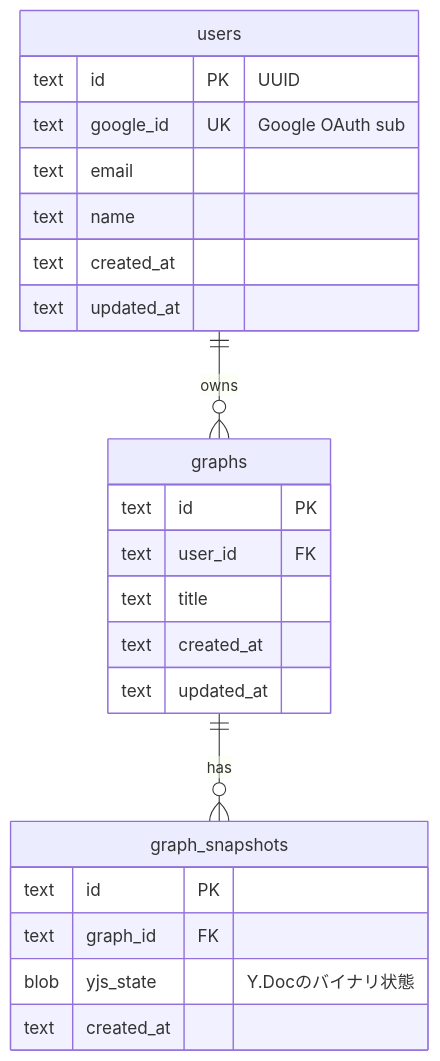
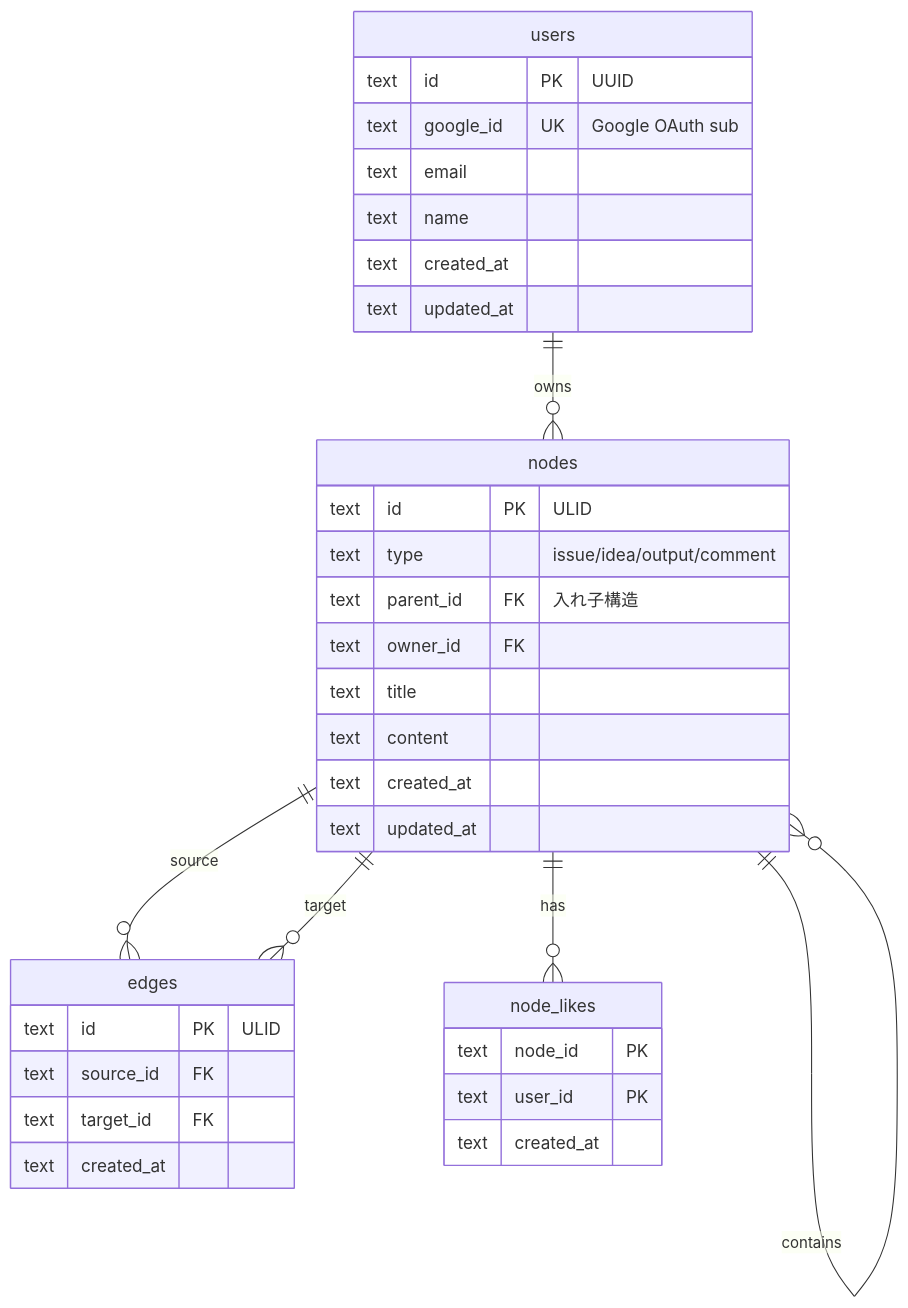
Before and after one commit to wtnqk/think-graph: the second of 5 diagrams in docs/03-data-model.md, drawn with Mermaid. The commit also changed other lines of this file and 1 other file, not shown here.

````diff
--- a/docs/03-data-model.md
+++ b/docs/03-data-model.md
@@ -32,29 +31,41 @@
 ```mermaid
 erDiagram
-    users ||--o{ graphs : owns
-    graphs ||--o{ graph_snapshots : has
+    users ||--o{ nodes : owns
+    nodes ||--o{ nodes : contains
+    nodes ||--o{ edges : source
+    nodes ||--o{ edges : target
+    nodes ||--o{ node_likes : has
 
     users {
         text id PK "UUID"
         text google_id UK "Google OAuth sub"
         text email
         text name
         text created_at
         text updated_at
     }
 
-    graphs {
-        text id PK
-        text user_id FK
+    nodes {
+        text id PK "ULID"
+        text type "issue/idea/output/comment"
+        text parent_id FK "入れ子構造"
+        text owner_id FK
         text title
+        text content
         text created_at
         text updated_at
     }
 
-    graph_snapshots {
-        text id PK
-        text graph_id FK
-        blob yjs_state "Y.Docのバイナリ状態"
+    edges {
+        text id PK "ULID"
+        text source_id FK
+        text target_id FK
+        text created_at
+    }
+
+    node_likes {
+        text node_id PK
+        text user_id PK
         text created_at
     }
 ```
````
